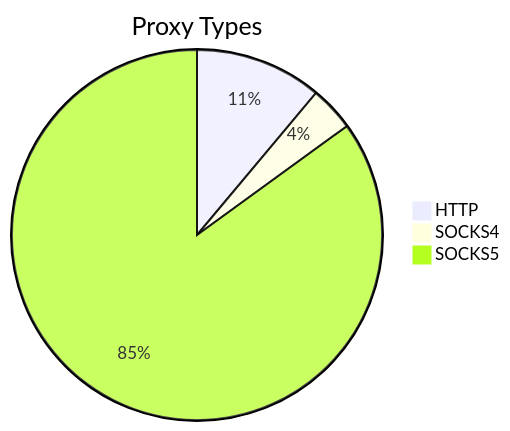
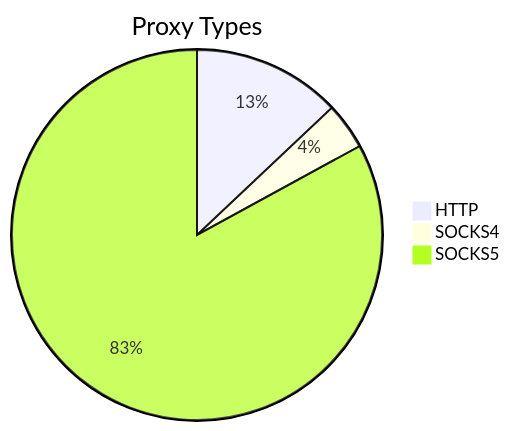
Before and after one commit to stormsia/proxy-list: the first of 2 diagrams in README.md, drawn with Mermaid. The commit also changed other lines of this file, not shown here.

````diff
--- a/README.md
+++ b/README.md
@@ -21,6 +21,6 @@
 ```mermaid
 pie title Proxy Types
-    "HTTP" : 88
-    "SOCKS4" : 31
-    "SOCKS5" : 674
+    "HTTP" : 70
+    "SOCKS4" : 22
+    "SOCKS5" : 448
 ```
````
